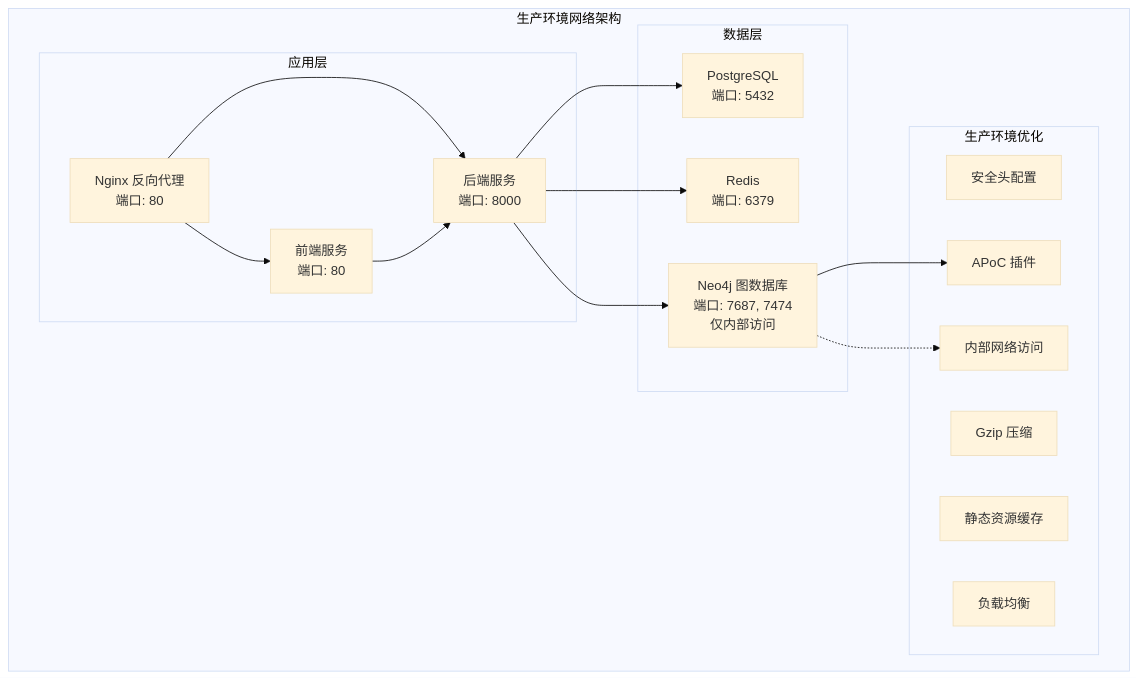
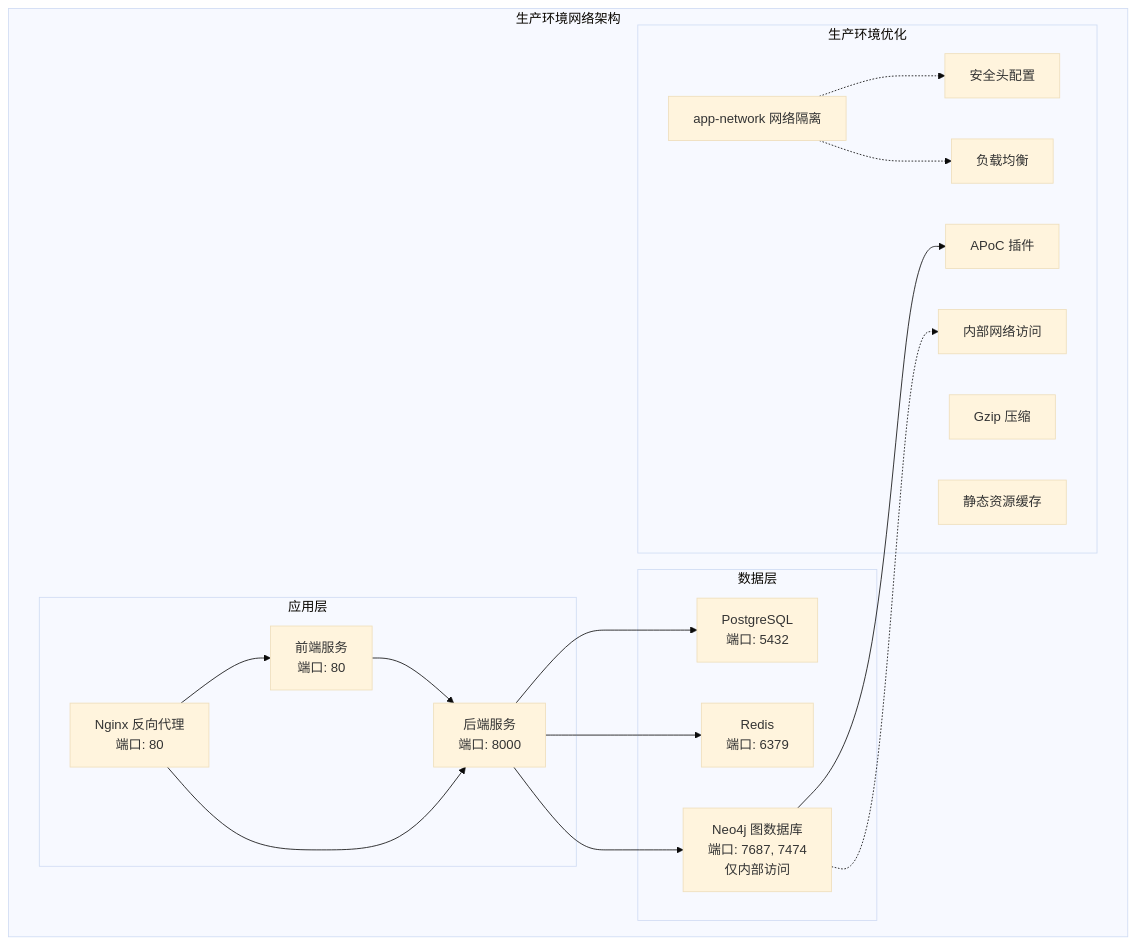
The first of 21 diagrams in .qoder/repowiki/zh/content/Docker Deployment.md (xfbyxq/ai-novel-system), drawn with Mermaid (base theme) before and after one commit. The commit also changed other lines of this file and 9 other files, not shown here.

First line of the commit message:
feat(core): 完善v2.1.0版本，新增Neo4j图数据库及多项智能功能

````diff
--- a/.qoder/repowiki/zh/content/Docker Deployment.md
+++ b/.qoder/repowiki/zh/content/Docker Deployment.md
@@ -70,31 +74,34 @@
 ```mermaid
 graph TB
 subgraph "生产环境网络架构"
 subgraph "应用层"
 NGINX[Nginx 反向代理<br/>端口: 80]
 FRONTEND[前端服务<br/>端口: 80]
 BACKEND[后端服务<br/>端口: 8000]
 end
 subgraph "数据层"
 POSTGRES[PostgreSQL<br/>端口: 5432]
 REDIS[Redis<br/>端口: 6379]
 NEO4J[Neo4j 图数据库<br/>端口: 7687, 7474<br/>仅内部访问]
 end
 subgraph "生产环境优化"
 SECURITY[安全头配置]
 GZIP[Gzip 压缩]
 CACHE[静态资源缓存]
 BALANCE[负载均衡]
 APOC_PLUGIN[APoC 插件]
 INTERNAL_ACCESS[内部网络访问]
+APP_NETWORK[app-network 网络隔离]
 end
 end
 NGINX --> FRONTEND
 NGINX --> BACKEND
 FRONTEND --> BACKEND
 BACKEND --> POSTGRES
 BACKEND --> REDIS
 BACKEND --> NEO4J
 NEO4J --> APOC_PLUGIN
 NEO4J -.-> INTERNAL_ACCESS
+APP_NETWORK -.-> SECURITY
+APP_NETWORK -.-> BALANCE
 ```
````
